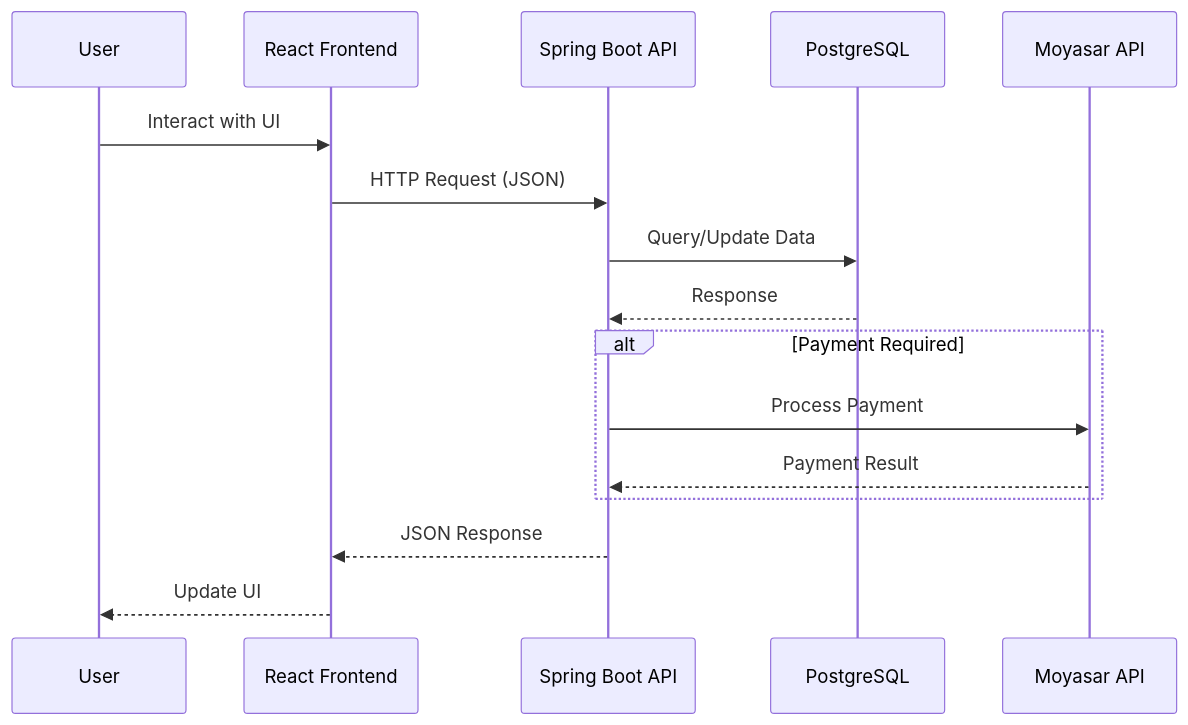
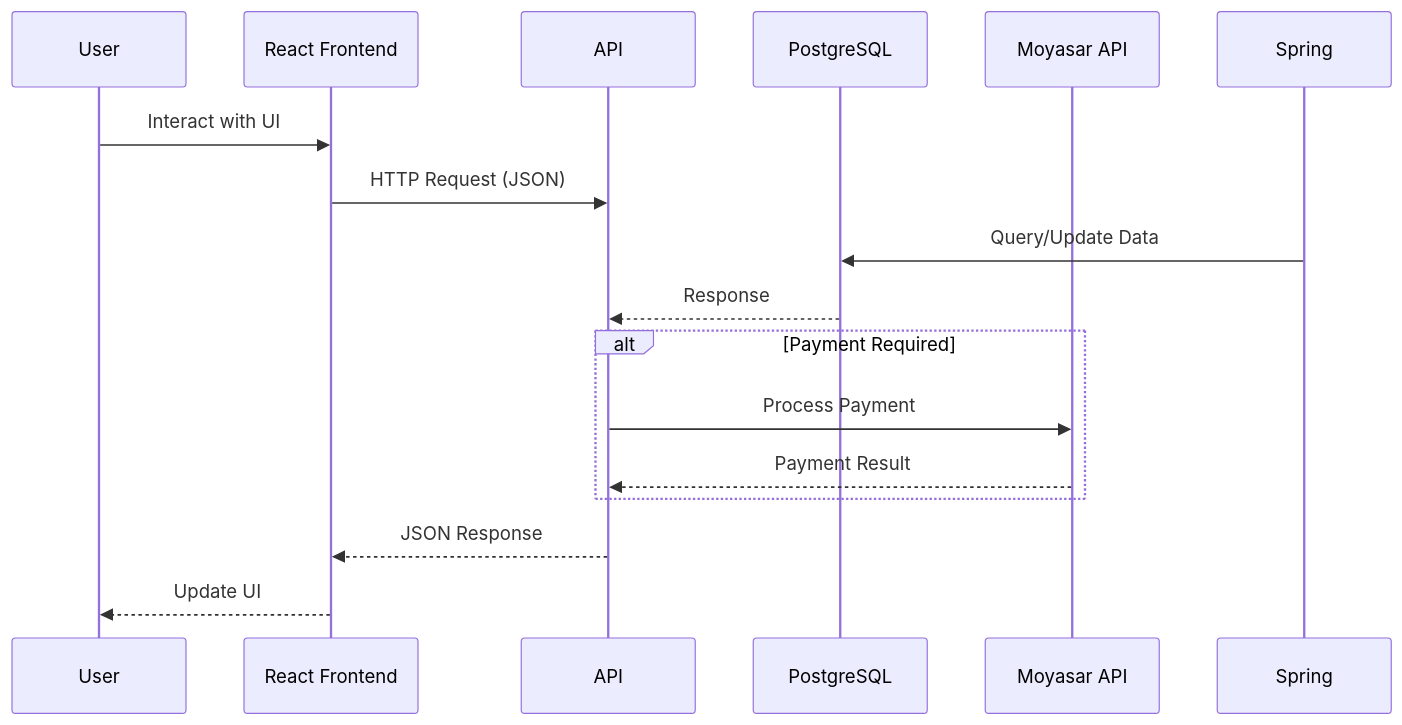
One commit to aziz5g-tech/holbertonschool-portfolio-project changed the second of 2 diagrams in Stage 3/high-level architecture diagram .md. Above: the diagram before and after it, drawn with Mermaid.

Commit message:
Update architecture diagram to replace Spring Boot API

````diff
--- a/Stage 3/high-level architecture diagram .md
+++ b/Stage 3/high-level architecture diagram .md
@@ -29,21 +29,21 @@
 ```mermaid
 sequenceDiagram
     participant User
     participant React as React Frontend
-    participant Spring as Spring Boot API
+    participant API
     participant DB as PostgreSQL
     participant Moyasar as Moyasar API
 
     User->>React: Interact with UI
-    React->>Spring: HTTP Request (JSON)
+    React->>API: HTTP Request (JSON)
     Spring->>DB: Query/Update Data
-    DB-->>Spring: Response
+    DB-->>API: Response
     
     alt Payment Required
-        Spring->>Moyasar: Process Payment
-        Moyasar-->>Spring: Payment Result
+        API->>Moyasar: Process Payment
+        Moyasar-->>API: Payment Result
     end
     
-    Spring-->>React: JSON Response
+    API-->>React: JSON Response
     React-->>User: Update UI
 ```
````
